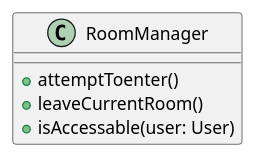
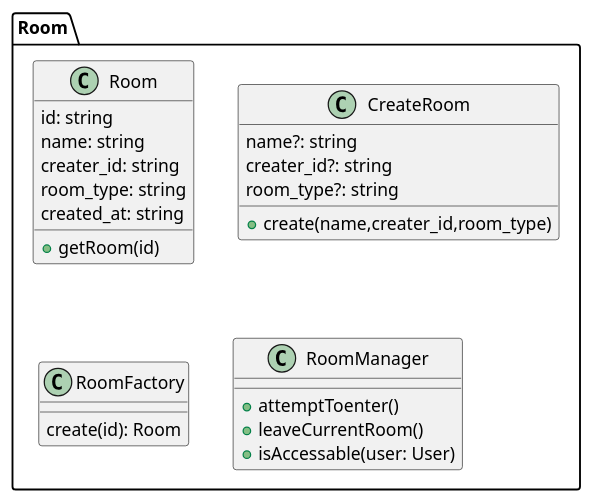
Before and after one commit to TOnodera/chatterman: the diagram in documents/plantUML/クラス図/サーバー/クラス図Room.wsd, drawn with PlantUML. The commit also changed 30 other files, not shown here.

```diff
--- a/documents/plantUML/クラス図/サーバー/クラス図Room.wsd
+++ b/documents/plantUML/クラス図/サーバー/クラス図Room.wsd
@@ -1,7 +1,29 @@
 @startuml
+package Room{
+    class Room{
+        id: string
+        name: string
+        creater_id: string
+        room_type: string
+        created_at: string
+        +getRoom(id)
+    }
+
+    class CreateRoom{
+        name?: string
+        creater_id?: string
+        room_type?: string
+        +create(name,creater_id,room_type)
+    }
+
+    class RoomFactory{
+        create(id): Room
+    }
+
     class RoomManager{
         +attemptToenter()
         +leaveCurrentRoom()
         +isAccessable(user: User)
     }
+}
 @enduml
```
